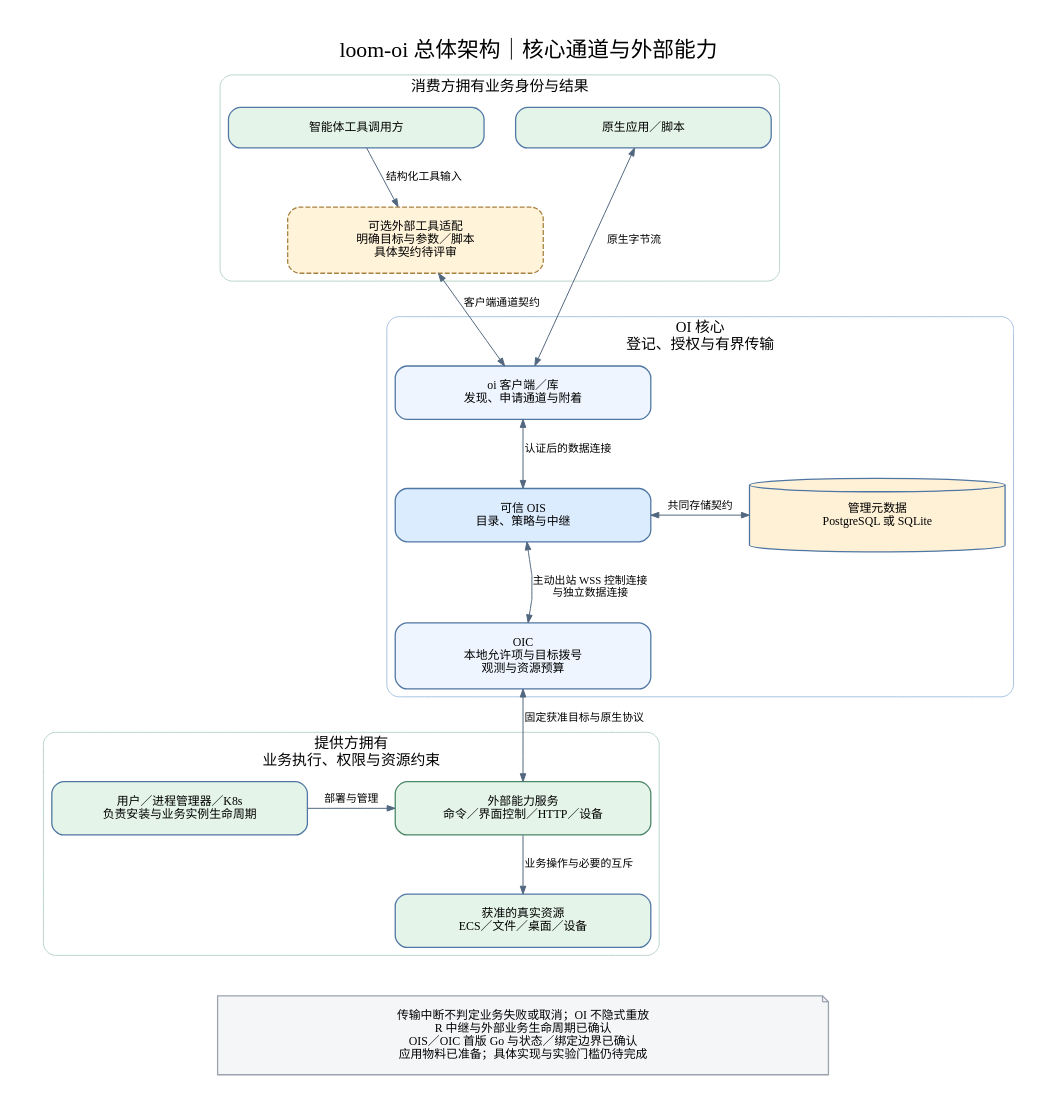
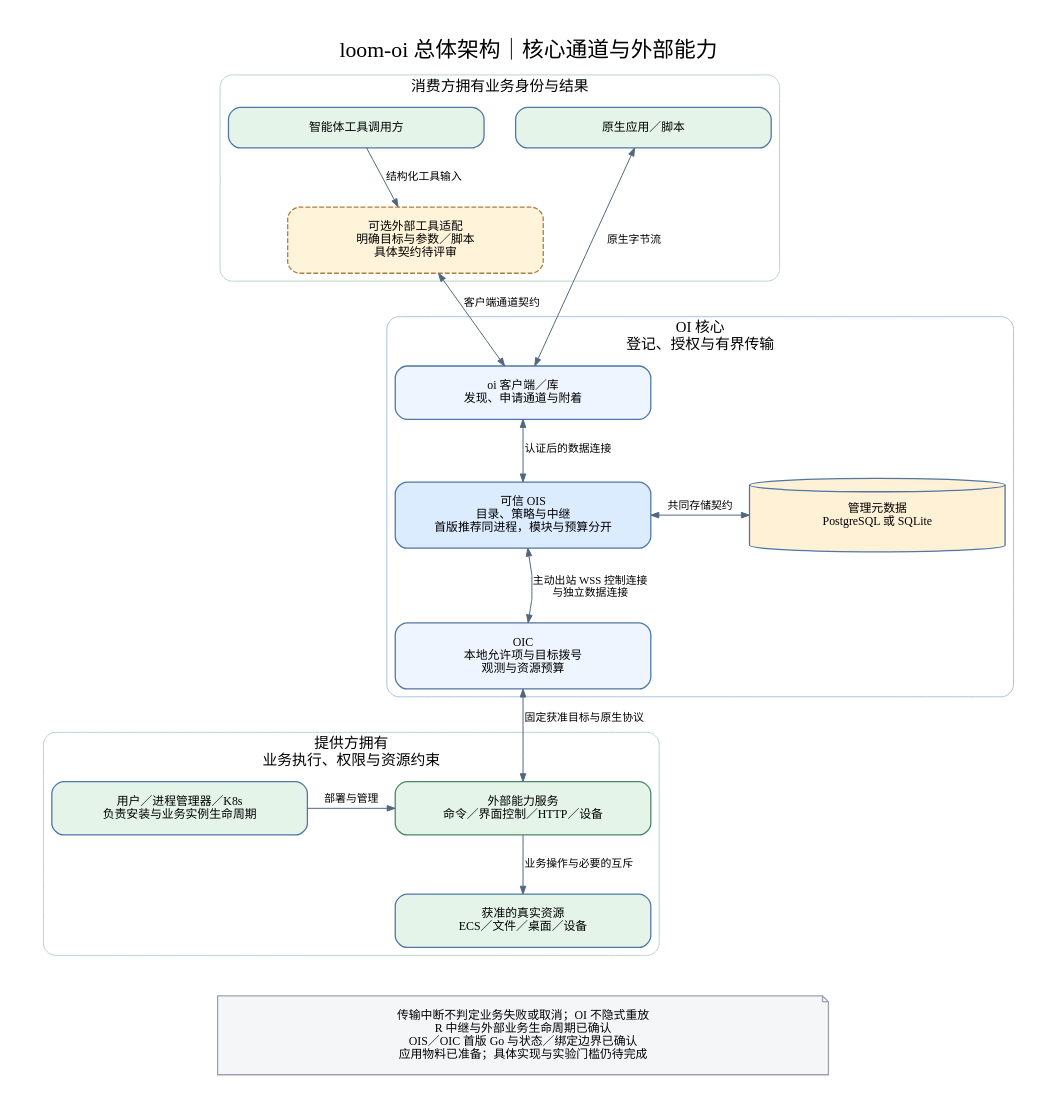
The diagram in docs/architecture/diagrams/v0.7/01-overview.dot (wyw-ai/loom-oi), drawn with Graphviz before and after one commit. The commit also changed 20 other files, not shown here.

```diff
--- a/docs/architecture/diagrams/v0.7/01-overview.dot
+++ b/docs/architecture/diagrams/v0.7/01-overview.dot
@@ -1,39 +1,39 @@
 digraph G {
  graph [rankdir=TB,bgcolor="white",pad="0.4",nodesep="0.45",ranksep="0.65",fontname="Noto Sans SC",fontsize=22,labelloc="t",splines=polyline,label="loom-oi 总体架构｜核心通道与外部能力"];
  node [shape=box,style="rounded,filled",fillcolor="#eef5ff",color="#5077a3",fontname="Noto Sans SC",fontsize=12,width=3.6,margin="0.3,0.2",penwidth=1.3];
  edge [color="#52677f",fontname="Noto Sans SC",fontsize=11,arrowsize=0.8];
  subgraph cluster_consumer {
   label="消费方拥有业务身份与结果";fontsize=15;color="#b9d5c6";style="rounded";
   native[label="原生应用／脚本",fillcolor="#e4f4e9"];
   agent[label="智能体工具调用方",fillcolor="#e4f4e9"];
   adapter[label="可选外部工具适配\n明确目标与参数／脚本\n具体契约待评审",style="rounded,dashed,filled",fillcolor="#fff3d9",color="#a68142"];
   {rank=same; native; agent;}
   agent->adapter[label="结构化工具输入"];
  }
  subgraph cluster_oi {
   label="OI 核心\n登记、授权与有界传输";labeljust="c";fontsize=15;color="#a7c4e1";style="rounded";
   cli[label="oi 客户端／库\n发现、申请通道与附着"];
-  ois[label="可信 OIS\n目录、策略与中继",fillcolor="#dcecff"];
+  ois[label="可信 OIS\n目录、策略与中继\n首版推荐同进程，模块与预算分开",fillcolor="#dcecff"];
   oic[label="OIC\n本地允许项与目标拨号\n观测与资源预算"];
   store[label="管理元数据\nPostgreSQL 或 SQLite",shape=cylinder,fillcolor="#fff1d6"];
   cli->ois[dir=both,label="认证后的数据连接"];
   oic->ois[dir=both,label="主动出站 WSS 控制连接\n与独立数据连接",constraint=false];
   ois->oic[style=invis];
   ois->store[dir=both,label="共同存储契约"];
   {rank=same; ois; store;}
  }
  subgraph cluster_provider {
   label="提供方拥有\n业务执行、权限与资源约束";labeljust="c";fontsize=15;color="#b9d5c6";style="rounded";
   service[label="外部能力服务\n命令／界面控制／HTTP／设备",fillcolor="#e4f4e9",color="#4b8767"];
   owner[label="用户／进程管理器／K8s\n负责安装与业务实例生命周期",fillcolor="#e4f4e9"];
   resource[label="获准的真实资源\nECS／文件／桌面／设备",fillcolor="#e4f4e9"];
   owner->service[label="部署与管理"];
   service->resource[label="业务操作与必要的互斥"];
   {rank=same; service; owner;}
  }
  native->cli[dir=both,label="原生字节流"];
  adapter->cli[dir=both,label="客户端通道契约"];
  oic->service[dir=both,label="固定获准目标与原生协议"];
  note[label="传输中断不判定业务失败或取消；OI 不隐式重放\nR 中继与外部业务生命周期已确认\nOIS／OIC 首版 Go 与状态／绑定边界已确认\n应用物料已准备；具体实现与实验门槛仍待完成",width=8.6,shape=note,fillcolor="#f5f6f8",color="#9ca3af",fontsize=12];
  resource->note[style=invis];
 }
```
